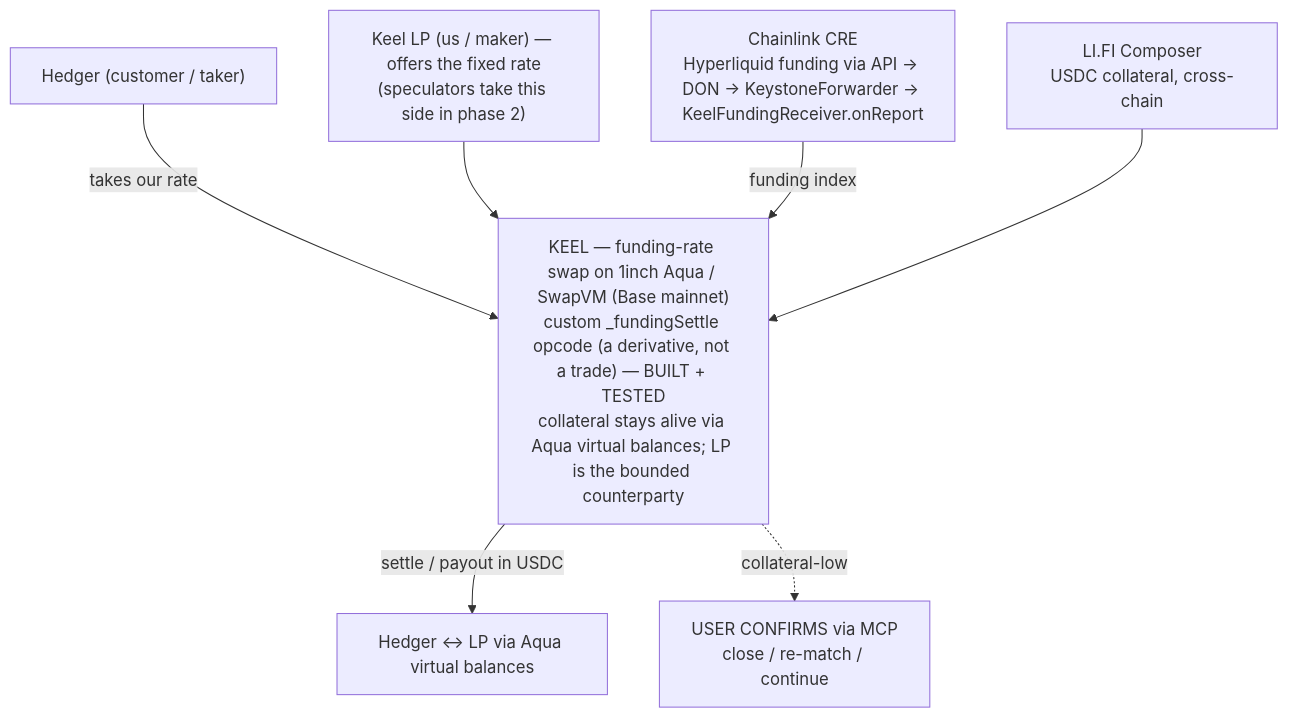
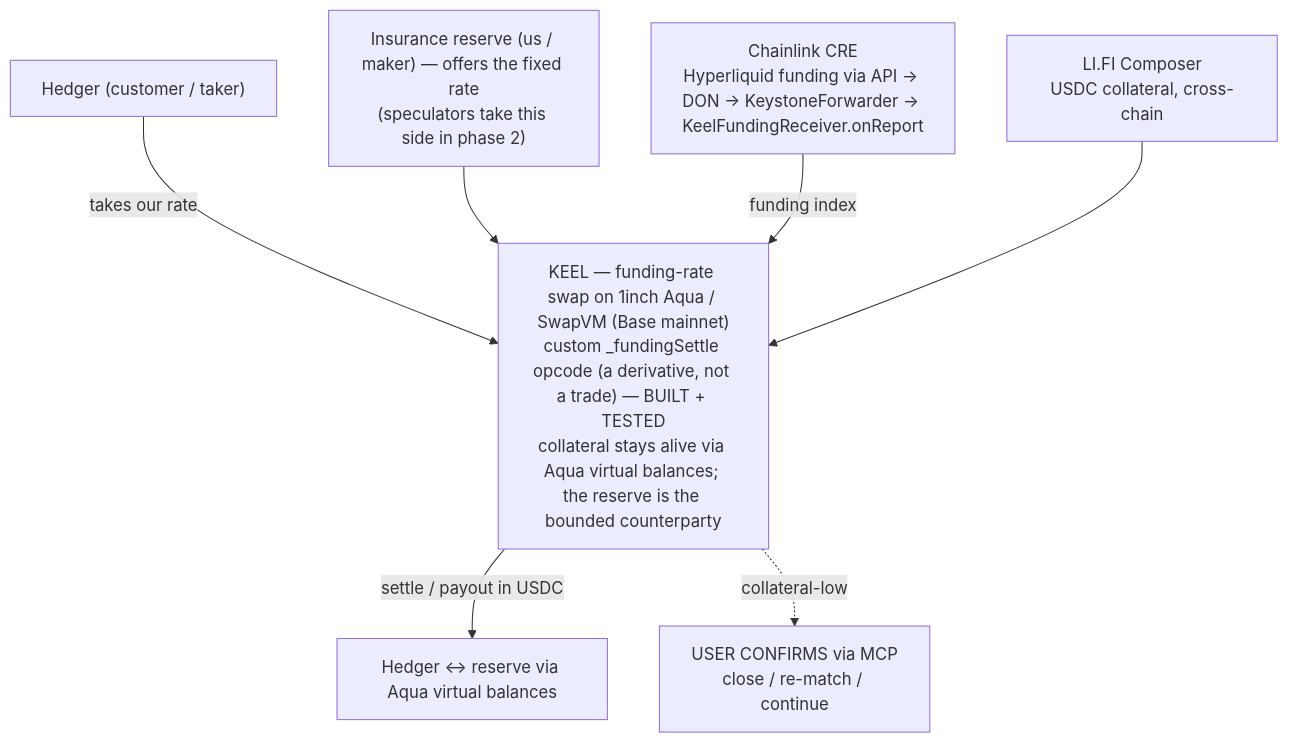
One commit to 0xYudhishthra/TenorFi changed the first of 2 diagrams in docs/design-doc.md. Above: the diagram before and after it, drawn with Mermaid. The commit also changed other lines of this file and 4 other files, not shown here.

First line of the commit message:
docs: adopt insurance/reserve terminology repo-wide; fix flows.md to Aqua-only

````diff
--- a/docs/design-doc.md
+++ b/docs/design-doc.md
@@ -103,10 +103,10 @@
 ```mermaid
 flowchart TB
     HEDGER["Hedger (customer / taker)"] -->|takes our rate| KEEL
-    LP["Keel LP (us / maker) — offers the fixed rate<br/>(speculators take this side in phase 2)"] --> KEEL
+    RESERVE["Insurance reserve (us / maker) — offers the fixed rate<br/>(speculators take this side in phase 2)"] --> KEEL
     CRE["Chainlink CRE<br/>Hyperliquid funding via API → DON → KeystoneForwarder → KeelFundingReceiver.onReport"] -->|funding index| KEEL
     LIFI["LI.FI Composer<br/>USDC collateral, cross-chain"] --> KEEL
-    KEEL["KEEL — funding-rate swap on 1inch Aqua / SwapVM (Base mainnet)<br/>custom _fundingSettle opcode (a derivative, not a trade) — BUILT + TESTED<br/>collateral stays alive via Aqua virtual balances; LP is the bounded counterparty"]
-    KEEL -->|settle / payout in USDC| OUT["Hedger ↔ LP via Aqua virtual balances"]
+    KEEL["KEEL — funding-rate swap on 1inch Aqua / SwapVM (Base mainnet)<br/>custom _fundingSettle opcode (a derivative, not a trade) — BUILT + TESTED<br/>collateral stays alive via Aqua virtual balances; the reserve is the bounded counterparty"]
+    KEEL -->|settle / payout in USDC| OUT["Hedger ↔ reserve via Aqua virtual balances"]
     KEEL -.->|collateral-low| BRINK["USER CONFIRMS via MCP<br/>close / re-match / continue"]
 ```
````
